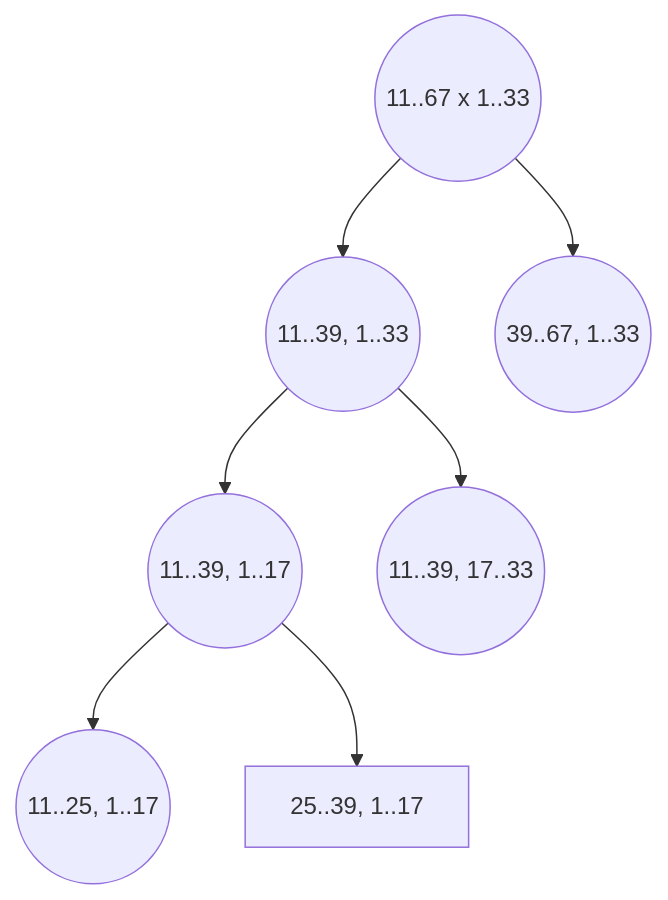
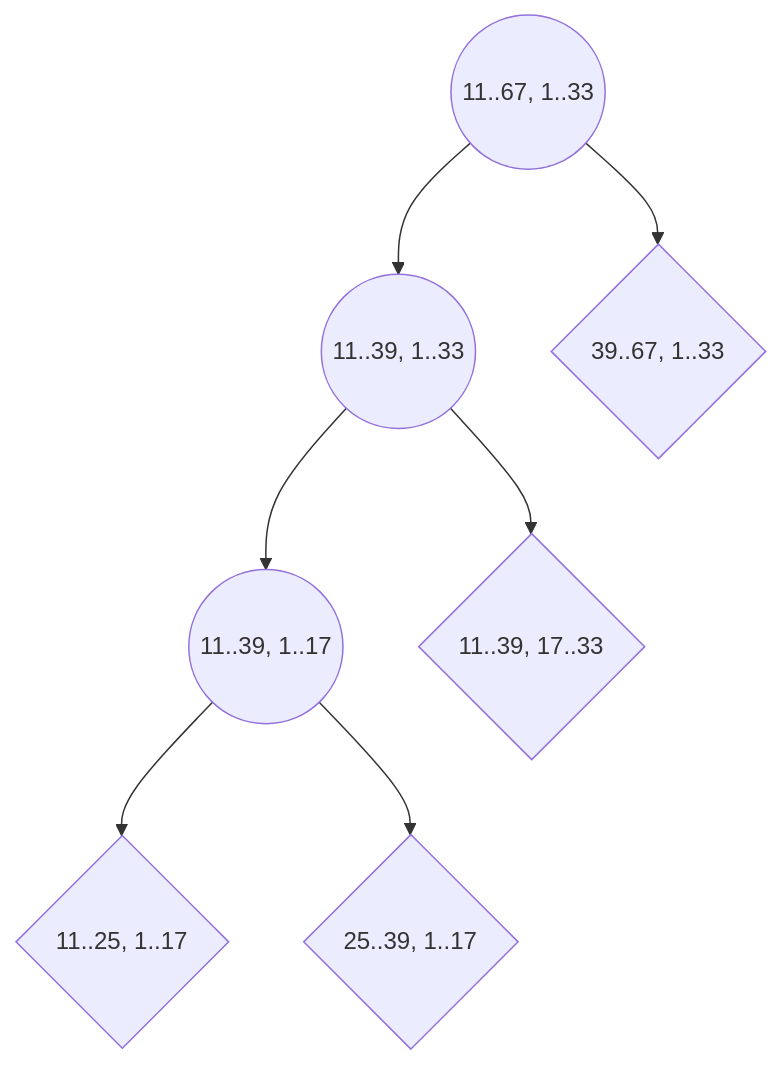
The diagram in clanek.md (chazzka/clanekforest), drawn with Mermaid before and after one commit. The commit also changed other lines of this file, not shown here.

Commit message:
clanek.md updated from https://stackeditpro.io/

````diff
--- a/clanek.md
+++ b/clanek.md
@@ -243,10 +243,9 @@
 ```mermaid
 graph TB
-A((11..67 x 1..33)) --> B((11..39, 1..33))
-A --> C((39..67, 1..33))
+A((11..67, 1..33)) --> B((11..39, 1..33))
+A --> C{39..67, 1..33}
 B --> D((11..39, 1..17))
-B --> E((11..39, 17..33))
-D --> F((11..25, 1..17))
-D --> G[25..39, 1..17]
-
+B --> E{11..39, 17..33}
+D --> F{11..25, 1..17}
+D --> G{25..39, 1..17}
 ```
````
